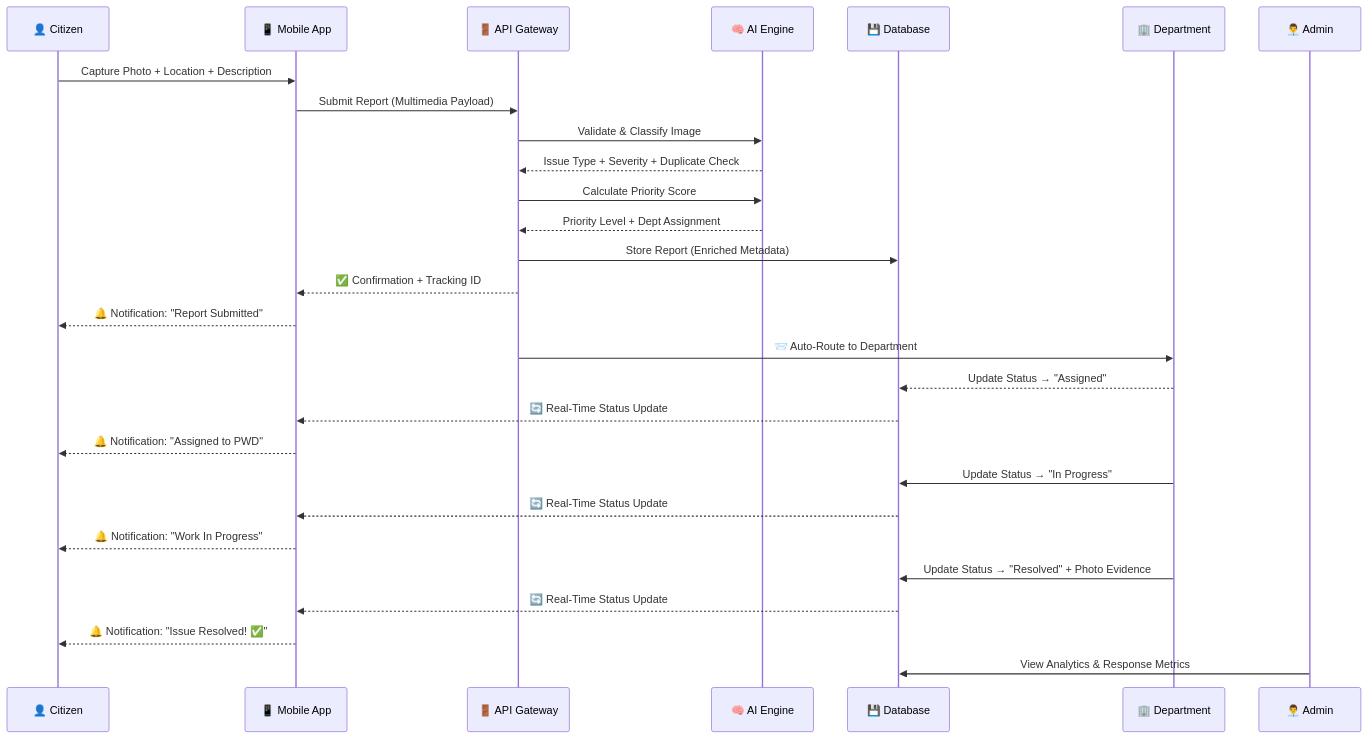
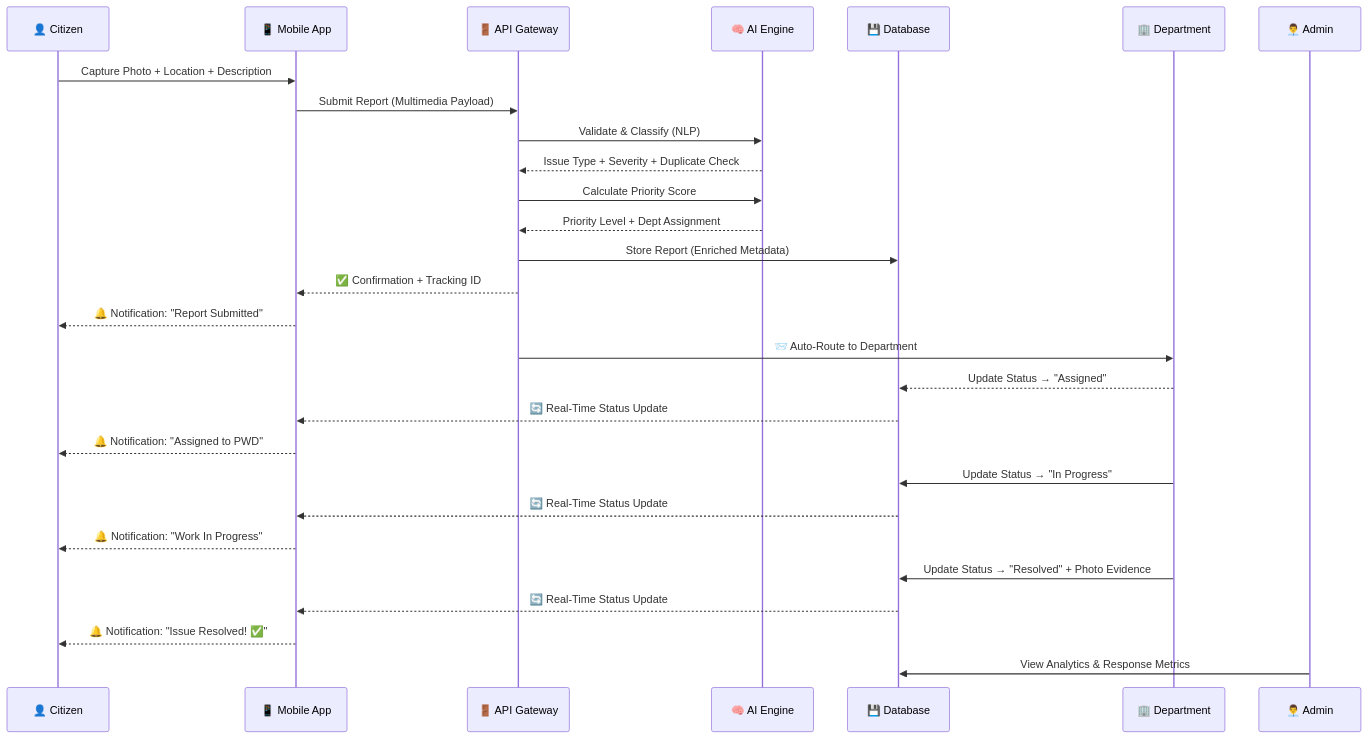
One commit to Krushnakant-08/CivicFix changed the second of 2 diagrams in README.md. Above: the diagram before and after it, drawn with Mermaid. The commit also changed other lines of this file, not shown here.

Commit message:
docs: update README with current tech stack, system architecture, and feature descriptions

````diff
--- a/README.md
+++ b/README.md
@@ -183,35 +175,35 @@
 ```mermaid
 sequenceDiagram
     participant C as 👤 Citizen
     participant App as 📱 Mobile App
     participant API as 🚪 API Gateway
     participant AI as 🧠 AI Engine
     participant DB as 💾 Database
     participant Dept as 🏢 Department
     participant Admin as 👨‍💼 Admin
 
     C->>App: Capture Photo + Location + Description
     App->>API: Submit Report (Multimedia Payload)
-    API->>AI: Validate & Classify Image
+    API->>AI: Validate & Classify (NLP)
     AI-->>API: Issue Type + Severity + Duplicate Check
     API->>AI: Calculate Priority Score
     AI-->>API: Priority Level + Dept Assignment
     API->>DB: Store Report (Enriched Metadata)
     API-->>App: ✅ Confirmation + Tracking ID
     App-->>C: 🔔 Notification: "Report Submitted"
 
     API->>Dept: 📨 Auto-Route to Department
     Dept-->>DB: Update Status → "Assigned"
     DB-->>App: 🔄 Real-Time Status Update
     App-->>C: 🔔 Notification: "Assigned to PWD"
 
     Dept->>DB: Update Status → "In Progress"
     DB-->>App: 🔄 Real-Time Status Update
     App-->>C: 🔔 Notification: "Work In Progress"
 
     Dept->>DB: Update Status → "Resolved" + Photo Evidence
     DB-->>App: 🔄 Real-Time Status Update
     App-->>C: 🔔 Notification: "Issue Resolved! ✅"
 
     Admin->>DB: View Analytics & Response Metrics
 ```
````
